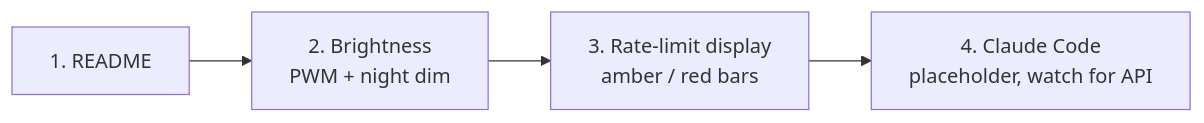
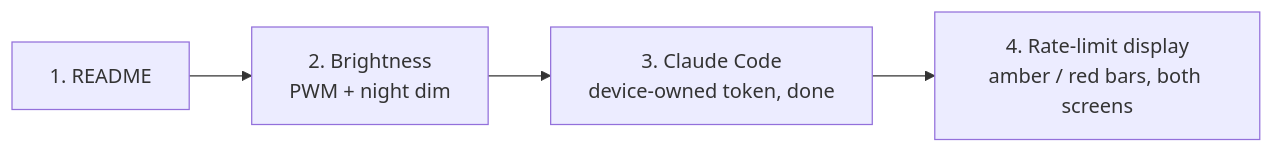
The first of 4 diagrams in docs/plan.md (notthetup/geekmagic-tokens), drawn with Mermaid before and after one commit. The commit also changed other lines of this file and 10 other files, not shown here.

First line of the commit message:
feat: Claude Code usage screen and night-dimmed backlight

````diff
--- a/docs/plan.md
+++ b/docs/plan.md
@@ -5,6 +5,6 @@
 ```mermaid
 flowchart LR
     A[1. README] --> B[2. Brightness<br/>PWM + night dim]
-    B --> C[3. Rate-limit display<br/>amber / red bars]
-    C --> D[4. Claude Code<br/>placeholder, watch for API]
+    B --> D[3. Claude Code<br/>device-owned token, done]
+    D --> C[4. Rate-limit display<br/>amber / red bars, both screens]
 ```
````
